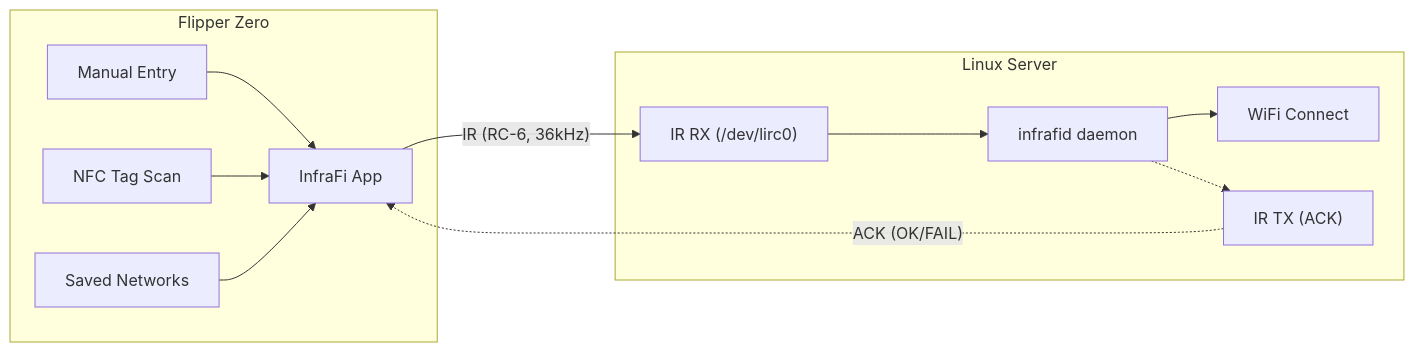
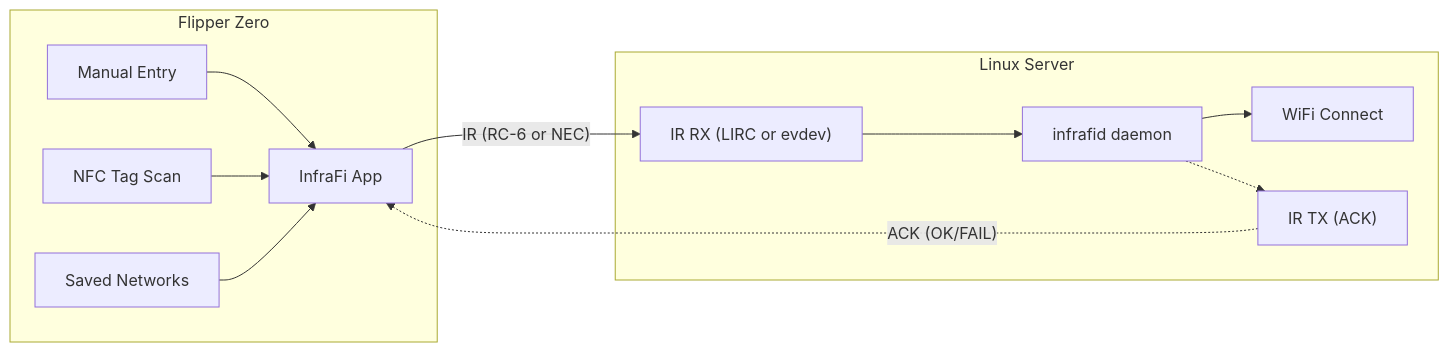
The diagram in README.md (amd989/InfraFi), drawn with Mermaid before and after one commit. The commit also changed other lines of this file and 27 other files, not shown here.

````diff
--- a/README.md
+++ b/README.md
@@ -9,24 +9,24 @@
 ```mermaid
 flowchart LR
     subgraph Flipper Zero
         A[InfraFi App]
         A1[Manual Entry]
         A2[NFC Tag Scan]
         A3[Saved Networks]
         A1 --> A
         A2 --> A
         A3 --> A
     end
 
     subgraph Linux Server
         B[infrafid daemon]
-        B1["IR RX (/dev/lirc0)"]
+        B1["IR RX (LIRC or evdev)"]
         B2[WiFi Connect]
         B3["IR TX (ACK)"]
         B1 --> B --> B2
         B -.-> B3
     end
 
-    A -- "IR (RC-6, 36kHz)" --> B1
+    A -- "IR (RC-6 or NEC)" --> B1
     B3 -. "ACK (OK/FAIL)" .-> A
 ```
````
